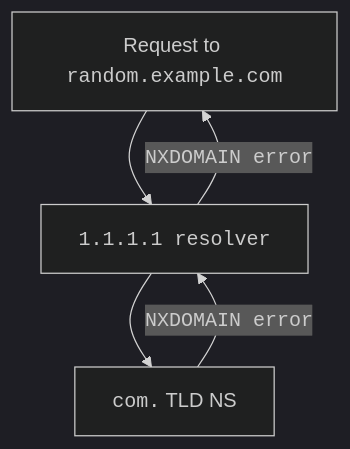
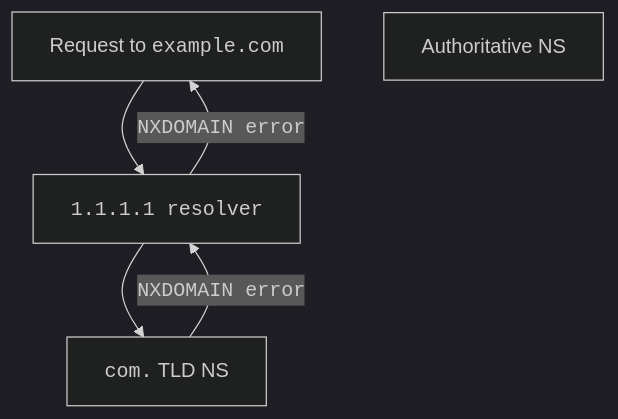
The first of 2 diagrams in content/dns/dns-firewall/random-prefix-attacks/about.md (cloudflare/cloudflare-docs), drawn with Mermaid (dark theme) before and after one commit. The commit also changed other lines of this file, not shown here.

```diff
--- a/content/dns/dns-firewall/random-prefix-attacks/about.md
+++ b/content/dns/dns-firewall/random-prefix-attacks/about.md
@@ -20,8 +20,9 @@
 <div class="mermaid">
     flowchart TD
       accTitle: Random prefix attacks diagram
-      A[Request to <code>random.example.com</code>] --> B[<code>1.1.1.1 resolver</code>]
+      A[Request to <code>example.com</code>] --> B[<code>1.1.1.1 resolver</code>]
       B --> C[<code>com.</code> TLD NS]
       C --<code>NXDOMAIN error</code>--> B
       B --<code>NXDOMAIN error</code>--> A
+      D[Authoritative NS]
 </div>
```
